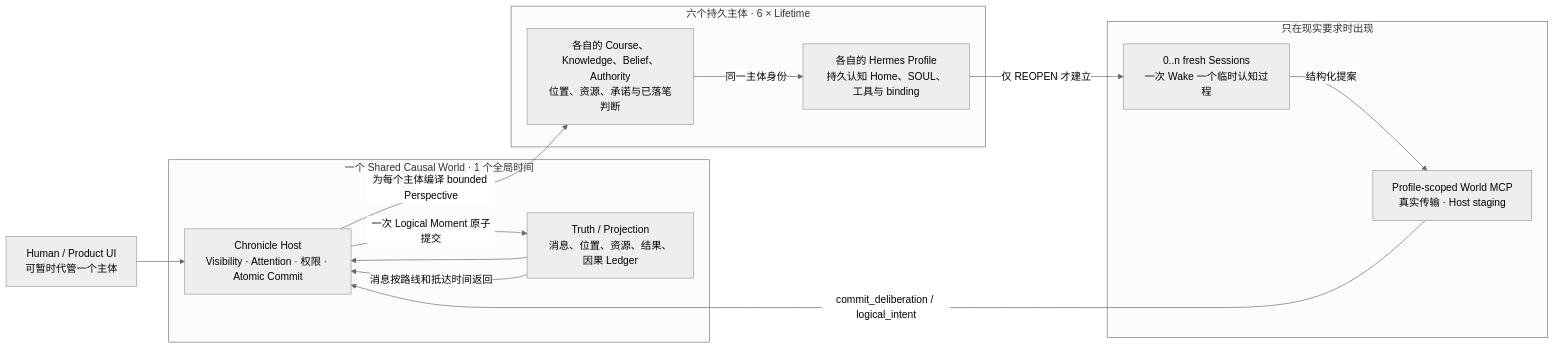
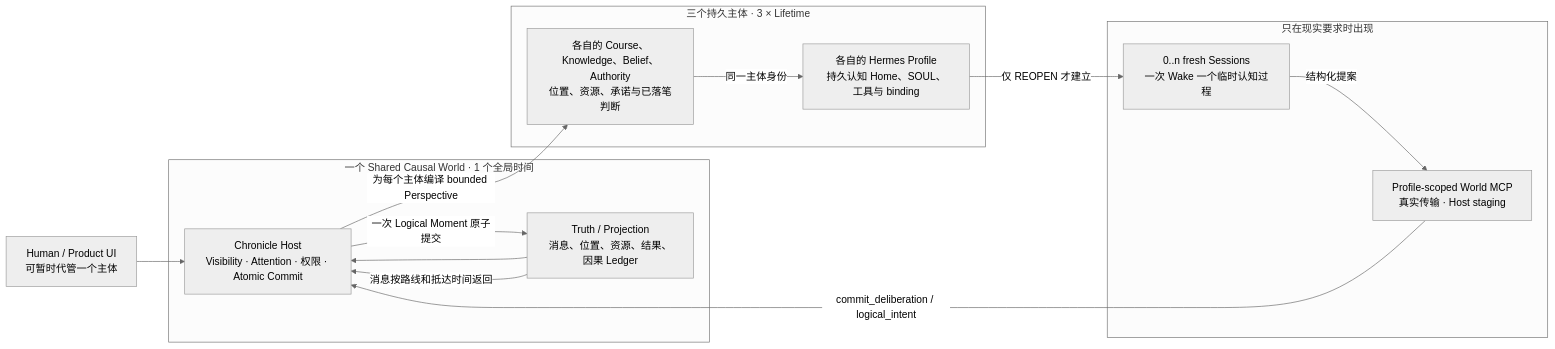
The second of 2 diagrams in docs/MULTI_AGENT.md (koalazh/chronicle), drawn with Mermaid (neutral theme) before and after one commit. The commit also changed other lines of this file and 59 other files, not shown here.

````diff
--- a/docs/MULTI_AGENT.md
+++ b/docs/MULTI_AGENT.md
@@ -67,30 +67,30 @@
 ```mermaid
 flowchart LR
     human["Human / Product UI\n可暂时代管一个主体"]
 
     subgraph shared["一个 Shared Causal World · 1 个全局时间"]
         world["Truth / Projection\n消息、位置、资源、结果、因果 Ledger"]
         boundary["Chronicle Host\nVisibility · Attention · 权限 · Atomic Commit"]
     end
 
-    subgraph subjects["六个持久主体 · 6 × Lifetime"]
+    subgraph subjects["三个持久主体 · 3 × Lifetime"]
         lifetime["各自的 Course、Knowledge、Belief、Authority\n位置、资源、承诺与已落笔判断"]
         profile["各自的 Hermes Profile\n持久认知 Home、SOUL、工具与 binding"]
     end
 
     subgraph cognition["只在现实要求时出现"]
         session["0..n fresh Sessions\n一次 Wake 一个临时认知过程"]
         mcp["Profile-scoped World MCP\n真实传输 · Host staging"]
     end
 
     human --> boundary
     world --> boundary
     boundary -->|为每个主体编译 bounded Perspective| lifetime
     lifetime -->|同一主体身份| profile
     profile -->|仅 REOPEN 才建立| session
     session -->|结构化提案| mcp
     mcp -->|commit_deliberation / logical_intent| boundary
     boundary -->|一次 Logical Moment 原子提交| world
     world -->|消息按路线和抵达时间返回| boundary
 
 ```
````
